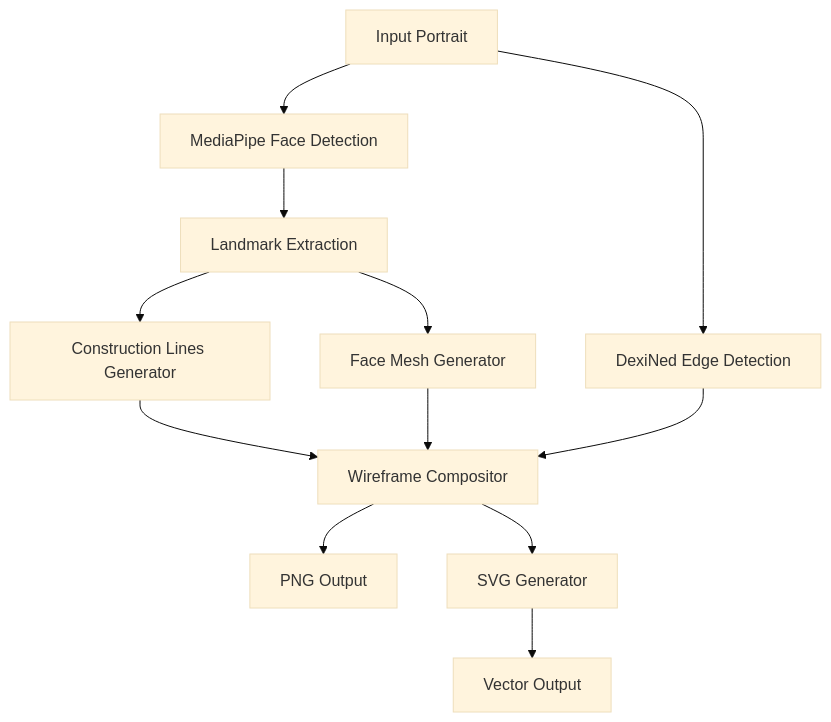
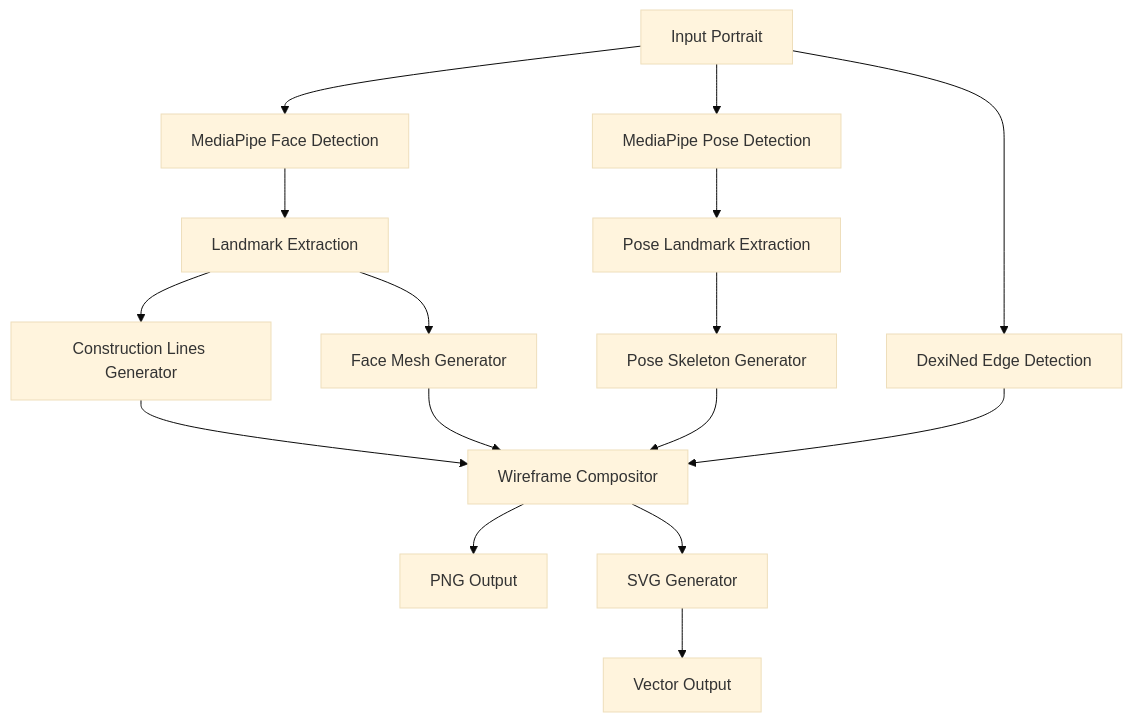
One commit to JoonHyoungLee-Seoul/arti_outlines_aic changed the diagram in README.md. Above: the diagram before and after it, drawn with Mermaid (base theme). The commit also changed other lines of this file and 14 other files, not shown here.

````diff
--- a/README.md
+++ b/README.md
@@ -117,14 +120,18 @@
 ```mermaid
 graph TD
     A[Input Portrait] --> B[MediaPipe Face Detection]
+    A --> K[MediaPipe Pose Detection]
     B --> C[Landmark Extraction]
+    K --> L[Pose Landmark Extraction]
     C --> D[Construction Lines Generator]
     C --> E[Face Mesh Generator]
+    L --> M[Pose Skeleton Generator]
     A --> F[DexiNed Edge Detection]
     D --> G[Wireframe Compositor]
     E --> G
+    M --> G
     F --> G
     G --> H[PNG Output]
     G --> I[SVG Generator]
     I --> J[Vector Output]
 ```
````
